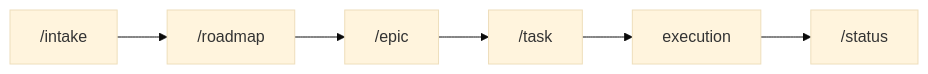
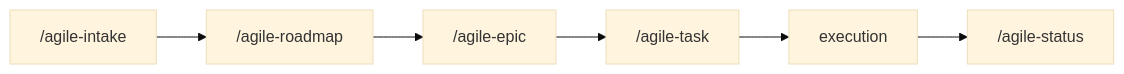
One commit to djalmajr/essential-skills changed the diagram in skills/agile-roadmap/SKILL.md. Above: the diagram before and after it, drawn with Mermaid (base theme). The commit also changed other lines of this file and 16 other files, not shown here.

````diff
--- a/skills/agile-roadmap/SKILL.md
+++ b/skills/agile-roadmap/SKILL.md
@@ -73,8 +73,8 @@
 ```mermaid
 flowchart LR
-    A["/intake"] --> B["/roadmap"]
-    B --> C["/epic"]
-    C --> D["/task"]
+    A["/agile-intake"] --> B["/agile-roadmap"]
+    B --> C["/agile-epic"]
+    C --> D["/agile-task"]
     D --> E[execution]
-    E --> F["/status"]
+    E --> F["/agile-status"]
 ```
````
